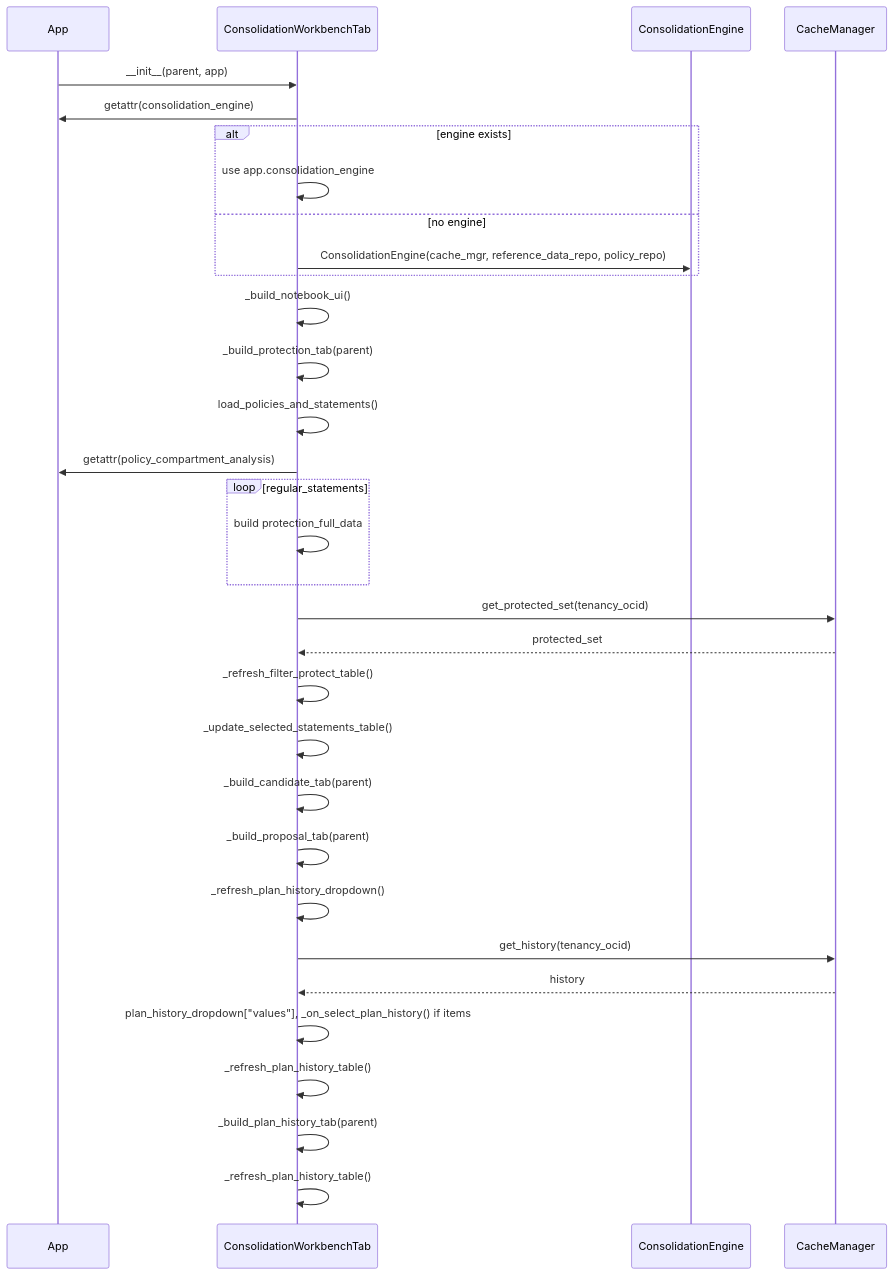
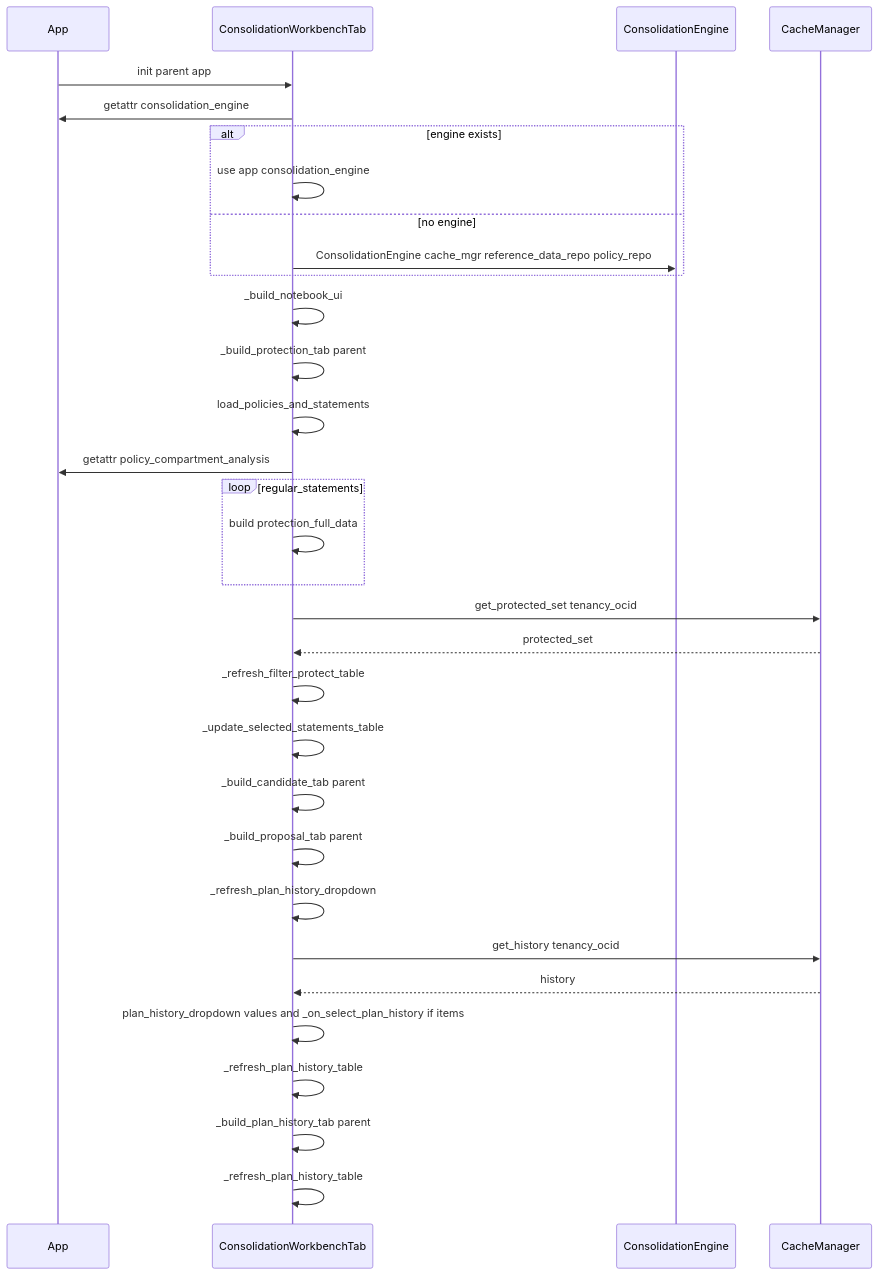
One commit to agregory999/oci-policy-analysis changed the fifth of 10 diagrams in docs/context/project/CONTEXT_policy_consolidation.md. Above: the diagram before and after it, drawn with Mermaid. The commit also changed other lines of this file, not shown here.

Commit message:
docs: Context mermaid

````diff
--- a/docs/context/project/CONTEXT_policy_consolidation.md
+++ b/docs/context/project/CONTEXT_policy_consolidation.md
@@ -221,35 +221,35 @@
 ```mermaid
 sequenceDiagram
     participant App
     participant Workbench as ConsolidationWorkbenchTab
     participant Engine as ConsolidationEngine
     participant Cache as CacheManager
 
-    App->>Workbench: __init__(parent, app)
-    Workbench->>App: getattr(consolidation_engine)
+    App->>Workbench: init parent app
+    Workbench->>App: getattr consolidation_engine
     alt engine exists
-        Workbench->>Workbench: use app.consolidation_engine
+        Workbench->>Workbench: use app consolidation_engine
     else no engine
-        Workbench->>Engine: ConsolidationEngine(cache_mgr, reference_data_repo, policy_repo)
+        Workbench->>Engine: ConsolidationEngine cache_mgr reference_data_repo policy_repo
     end
-    Workbench->>Workbench: _build_notebook_ui()
-    Workbench->>Workbench: _build_protection_tab(parent)
-    Workbench->>Workbench: load_policies_and_statements()
-    Workbench->>App: getattr(policy_compartment_analysis)
+    Workbench->>Workbench: _build_notebook_ui
+    Workbench->>Workbench: _build_protection_tab parent
+    Workbench->>Workbench: load_policies_and_statements
+    Workbench->>App: getattr policy_compartment_analysis
     loop regular_statements
         Workbench->>Workbench: build protection_full_data
     end
-    Workbench->>Cache: get_protected_set(tenancy_ocid)
+    Workbench->>Cache: get_protected_set tenancy_ocid
     Cache-->>Workbench: protected_set
-    Workbench->>Workbench: _refresh_filter_protect_table()
-    Workbench->>Workbench: _update_selected_statements_table()
-    Workbench->>Workbench: _build_candidate_tab(parent)
-    Workbench->>Workbench: _build_proposal_tab(parent)
-    Workbench->>Workbench: _refresh_plan_history_dropdown()
-    Workbench->>Cache: get_history(tenancy_ocid)
+    Workbench->>Workbench: _refresh_filter_protect_table
+    Workbench->>Workbench: _update_selected_statements_table
+    Workbench->>Workbench: _build_candidate_tab parent
+    Workbench->>Workbench: _build_proposal_tab parent
+    Workbench->>Workbench: _refresh_plan_history_dropdown
+    Workbench->>Cache: get_history tenancy_ocid
     Cache-->>Workbench: history
-    Workbench->>Workbench: plan_history_dropdown["values"], _on_select_plan_history() if items
-    Workbench->>Workbench: _refresh_plan_history_table()
-    Workbench->>Workbench: _build_plan_history_tab(parent)
-    Workbench->>Workbench: _refresh_plan_history_table()
+    Workbench->>Workbench: plan_history_dropdown values and _on_select_plan_history if items
+    Workbench->>Workbench: _refresh_plan_history_table
+    Workbench->>Workbench: _build_plan_history_tab parent
+    Workbench->>Workbench: _refresh_plan_history_table
 ```
````
